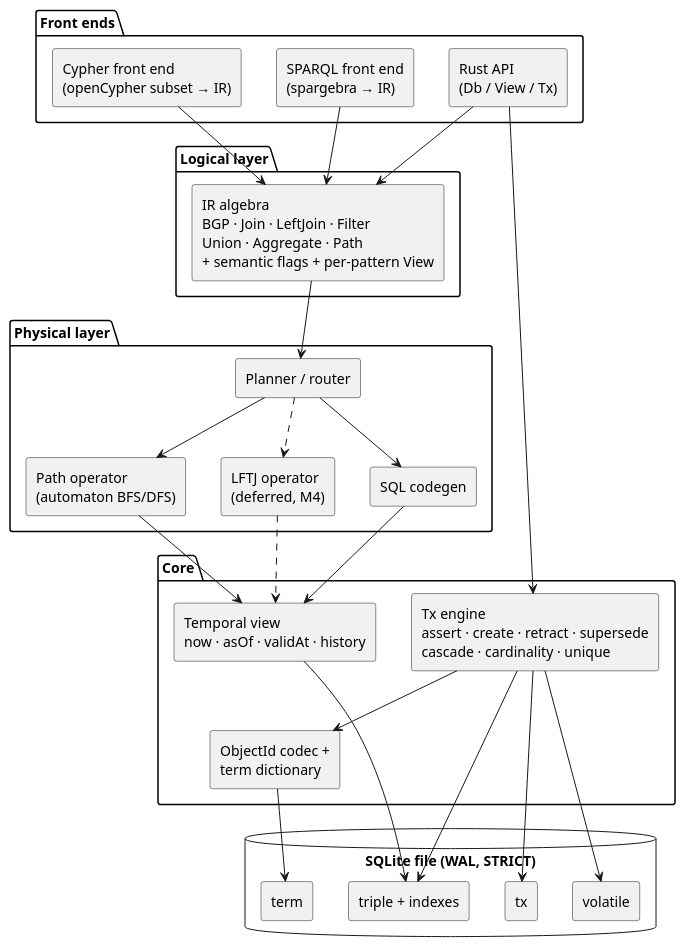
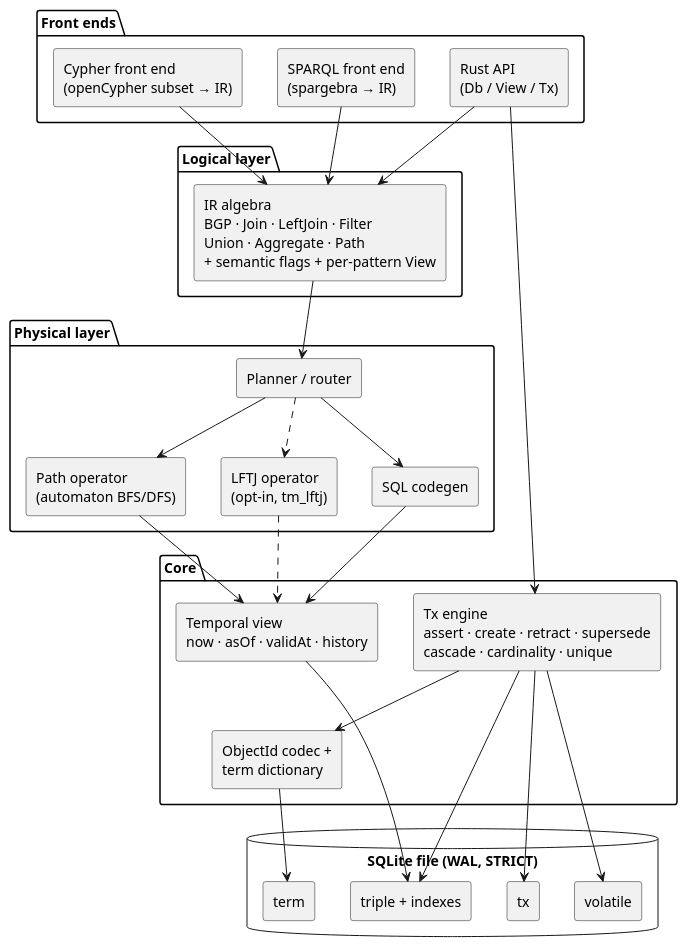
The first of 3 diagrams in lat.md/architecture.md (Volland/tiramemsu), drawn with PlantUML before and after one commit. The commit also changed other lines of this file and 41 other files, not shown here.

Commit message:
Cyclic joins: opt-in leapfrog triejoin operator (tm_lftj) with conservative routing, explain reasons and a count-verified triangle benchmark (add-lftj-operator)

````diff
--- a/lat.md/architecture.md
+++ b/lat.md/architecture.md
@@ -11,54 +11,54 @@
 ```plantuml
 @startuml layers
 skinparam componentStyle rectangle
 skinparam shadowing false
 
 package "Front ends" {
   [SPARQL front end\n(spargebra → IR)] as SPARQL
   [Cypher front end\n(openCypher subset → IR)] as CYPHER
   [Rust API\n(Db / View / Tx)] as API
 }
 
 package "Logical layer" {
   [IR algebra\nBGP · Join · LeftJoin · Filter\nUnion · Aggregate · Path\n+ semantic flags + per-pattern View] as IR
 }
 
 package "Physical layer" {
   [Planner / router] as PLAN
   [SQL codegen] as SQLGEN
   [Path operator\n(automaton BFS/DFS)] as PATH
-  [LFTJ operator\n(deferred, M4)] as LFTJ
+  [LFTJ operator\n(opt-in, tm_lftj)] as LFTJ
 }
 
 package "Core" {
   [Temporal view\nnow · asOf · validAt · history] as VIEW
   [Tx engine\nassert · create · retract · supersede\ncascade · cardinality · unique] as TX
   [ObjectId codec +\nterm dictionary] as OID
 }
 
 database "SQLite file (WAL, STRICT)" as DB {
   [term] as T_TERM
   [tx] as T_TX
   [triple + indexes] as T_TRIPLE
   [volatile] as T_VOL
 }
 
 SPARQL --> IR
 CYPHER --> IR
 API --> IR
 API --> TX
 IR --> PLAN
 PLAN --> SQLGEN
 PLAN --> PATH
 PLAN ..> LFTJ
 SQLGEN --> VIEW
 PATH --> VIEW
 LFTJ ..> VIEW
 VIEW --> T_TRIPLE
 TX --> T_TRIPLE
 TX --> T_TX
 TX --> OID
 OID --> T_TERM
 TX --> T_VOL
 @enduml
 ```
````
